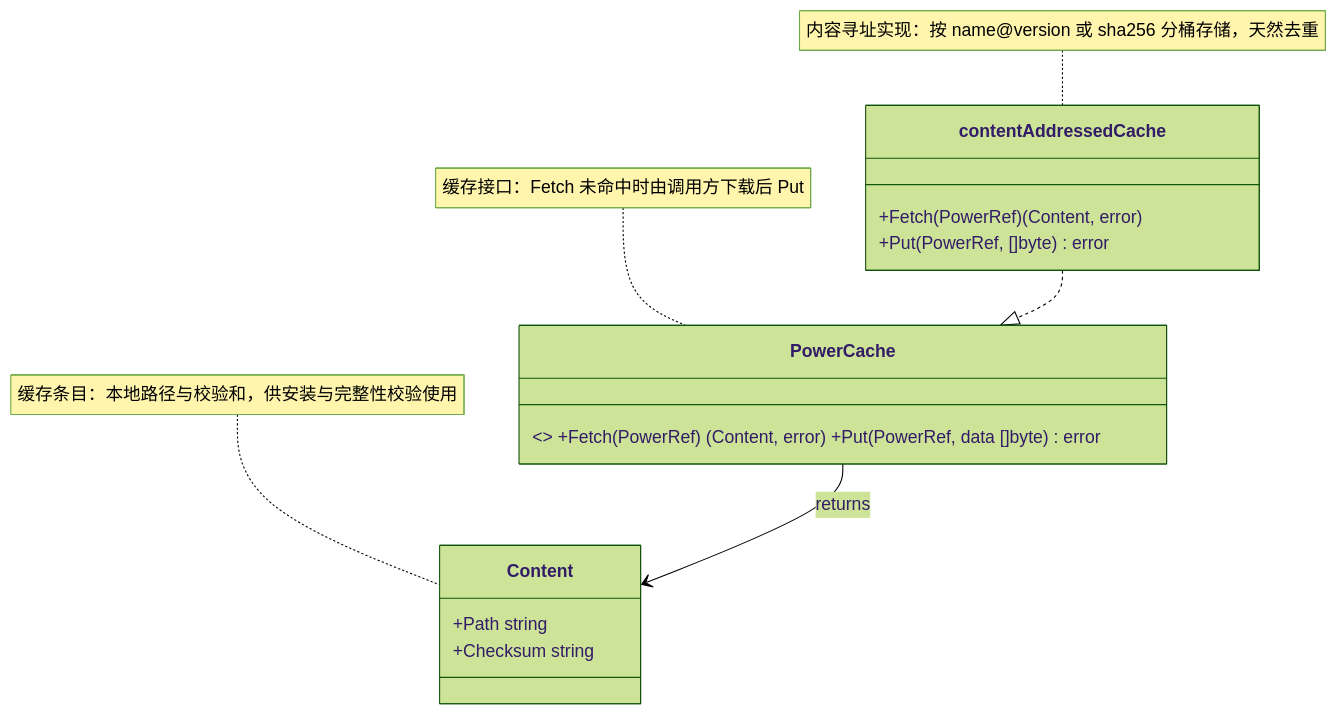
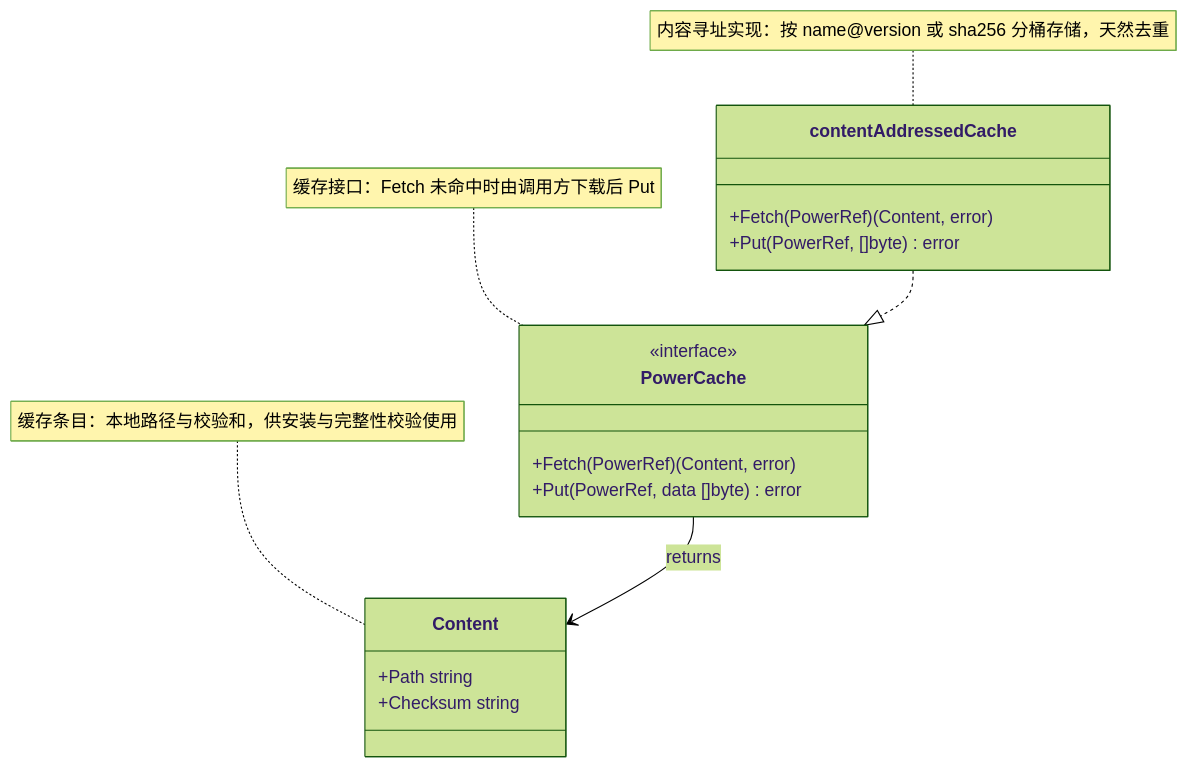
Before and after one commit to spacemit-com/agent-power-manager: the diagram in ivory-tower/c4/components/apm-cli-diagrams/cache-manager.mmd, drawn with Mermaid (forest theme). The commit also changed 5 other files, not shown here.

```diff
--- a/ivory-tower/c4/components/apm-cli-diagrams/cache-manager.mmd
+++ b/ivory-tower/c4/components/apm-cli-diagrams/cache-manager.mmd
@@ -1,18 +1,22 @@
 classDiagram
     note for PowerCache "缓存接口：Fetch 未命中时由调用方下载后 Put"
-    class PowerCache { <<interface>> +Fetch(PowerRef) (Content, error) +Put(PowerRef, data []byte) error }
+    class PowerCache {
+        <<interface>>
+        +Fetch(PowerRef) (Content, error)
+        +Put(PowerRef, data []byte) error
+    }
 
     note for Content "缓存条目：本地路径与校验和，供安装与完整性校验使用"
     class Content {
         +Path string
         +Checksum string
     }
 
     note for contentAddressedCache "内容寻址实现：按 name@version 或 sha256 分桶存储，天然去重"
     class contentAddressedCache {
         +Fetch(PowerRef) (Content, error)
         +Put(PowerRef, []byte) error
     }
 
     contentAddressedCache ..|> PowerCache
     PowerCache --> Content : returns
```
